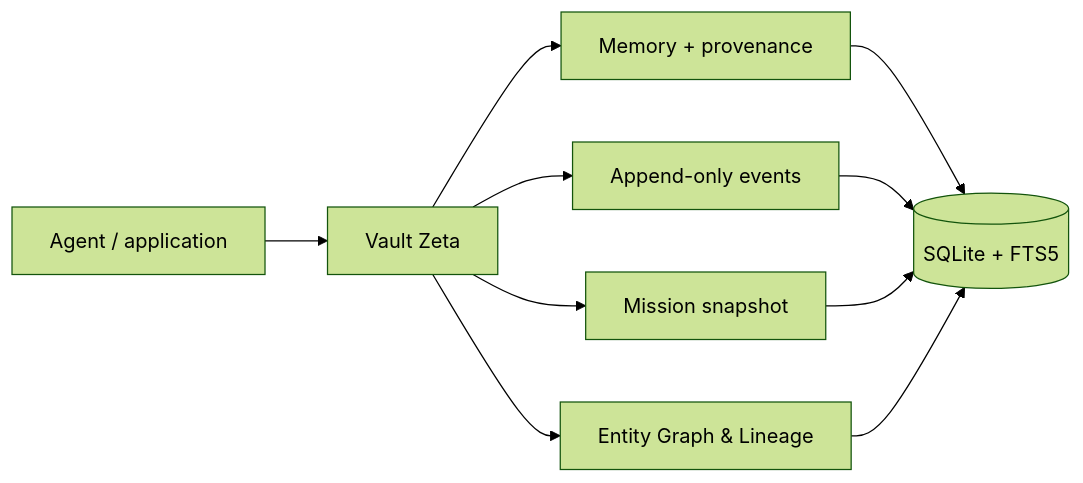
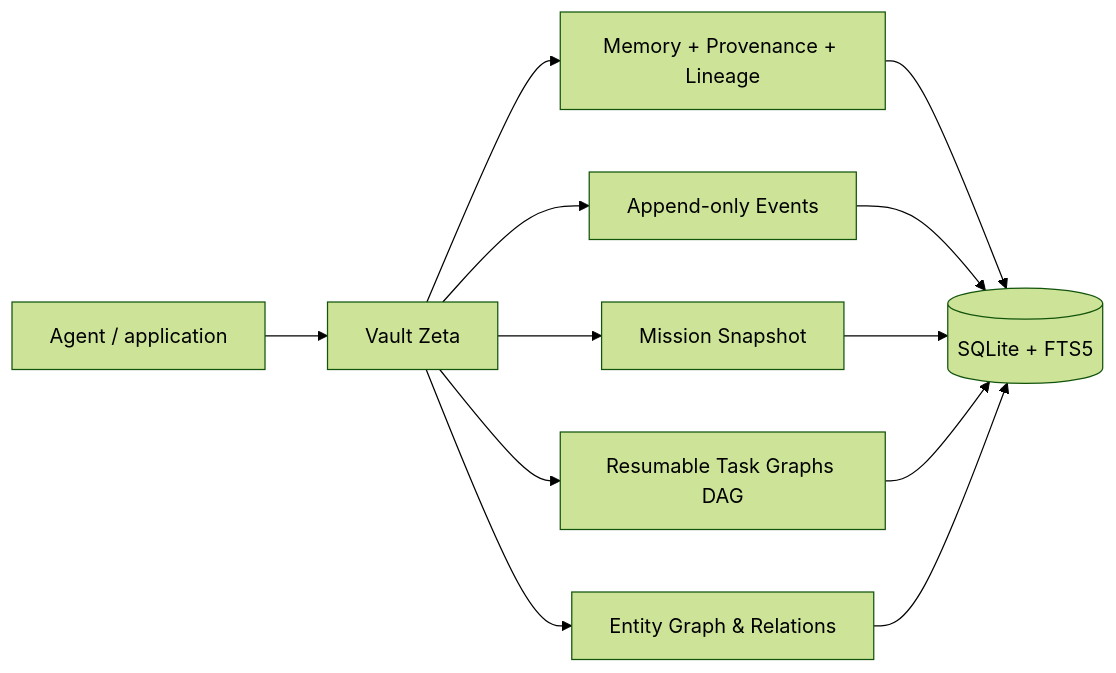
One commit to getkcoin-alt/vault-zeta changed the diagram in README.md. Above: the diagram before and after it, drawn with Mermaid (forest theme). The commit also changed other lines of this file and 13 other files, not shown here.

First line of the commit message:
feat(mission): Phase 2 - resumable task graphs, crash recovery, event replay, and idempotency

````diff
--- a/README.md
+++ b/README.md
@@ -13,12 +13,14 @@
 ```mermaid
 flowchart LR
     A[Agent / application] --> Z[Vault Zeta]
-    Z --> M[Memory + provenance]
-    Z --> E[Append-only events]
-    Z --> S[Mission snapshot]
-    Z --> K[Entity Graph & Lineage]
+    Z --> M[Memory + Provenance + Lineage]
+    Z --> E[Append-only Events]
+    Z --> S[Mission Snapshot]
+    Z --> T[Resumable Task Graphs DAG]
+    Z --> K[Entity Graph & Relations]
     M --> DB[(SQLite + FTS5)]
     E --> DB
     S --> DB
+    T --> DB
     K --> DB
 ```
````
